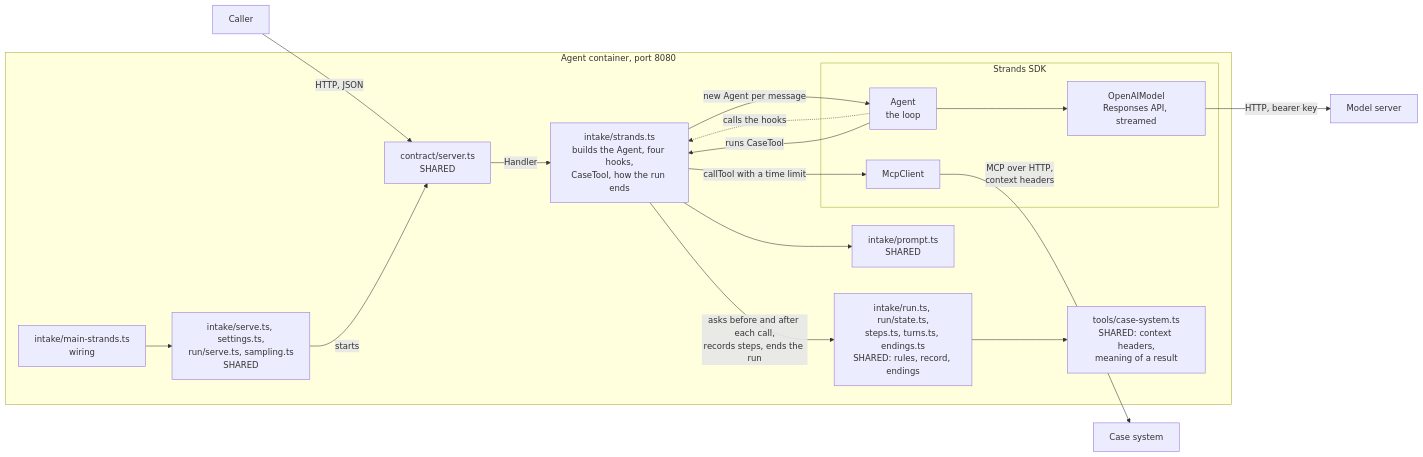
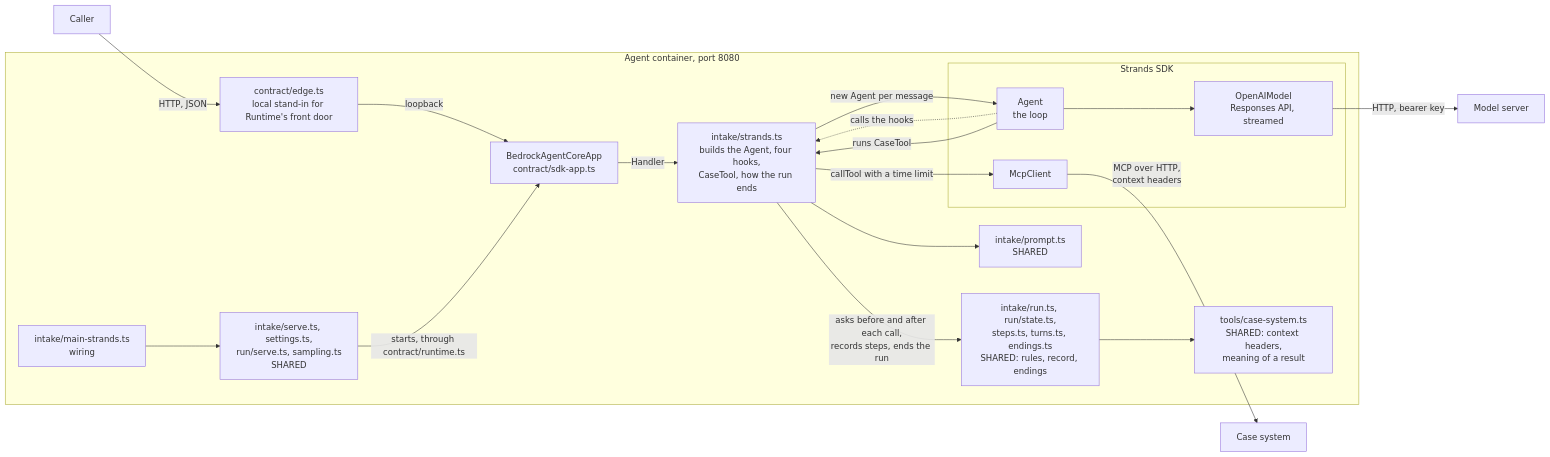
Before and after one commit to AndrewPHunter/ai-on-aws: the first of 2 diagrams in docs/architecture/intake-agent-strands.md, drawn with Mermaid. The commit also changed other lines of this file and 24 other files, not shown here.

````diff
--- a/docs/architecture/intake-agent-strands.md
+++ b/docs/architecture/intake-agent-strands.md
@@ -26,37 +29,39 @@
 ```mermaid
 flowchart LR
     Caller["Caller"]
 
     subgraph Agent["Agent container, port 8080"]
         Main["intake/main-strands.ts<br/>wiring"]
         Serve["intake/serve.ts, settings.ts,<br/>run/serve.ts, sampling.ts<br/>SHARED"]
-        Server["contract/server.ts<br/>SHARED"]
+        Edge["contract/edge.ts<br/>local stand-in for Runtime's front door"]
+        Server["BedrockAgentCoreApp<br/>contract/sdk-app.ts"]
         Ours["intake/strands.ts<br/>builds the Agent, four hooks,<br/>CaseTool, how the run ends"]
         Run["intake/run.ts, run/state.ts,<br/>steps.ts, turns.ts, endings.ts<br/>SHARED: rules, record, endings"]
         Prompt["intake/prompt.ts<br/>SHARED"]
         CaseFns["tools/case-system.ts<br/>SHARED: context headers,<br/>meaning of a result"]
         subgraph SDK["Strands SDK"]
             Loop["Agent<br/>the loop"]
             OAI["OpenAIModel<br/>Responses API, streamed"]
             MCP["McpClient"]
         end
     end
 
     Model["Model server"]
     Cases["Case system"]
 
-    Caller -->|"HTTP, JSON"| Server
+    Caller -->|"HTTP, JSON"| Edge
+    Edge -->|"loopback"| Server
     Main --> Serve
-    Serve -->|"starts"| Server
+    Serve -->|"starts, through contract/runtime.ts"| Server
     Server -->|"Handler"| Ours
     Ours -->|"new Agent per message"| Loop
     Ours --> Prompt
     Loop -. "calls the hooks" .-> Ours
     Ours -->|"asks before and after each call,<br/>records steps, ends the run"| Run
     Run --> CaseFns
     Loop --> OAI
     Loop -->|"runs CaseTool"| Ours
     Ours -->|"callTool with a time limit"| MCP
     OAI -->|"HTTP, bearer key"| Model
     MCP -->|"MCP over HTTP,<br/>context headers"| Cases
 ```
````
